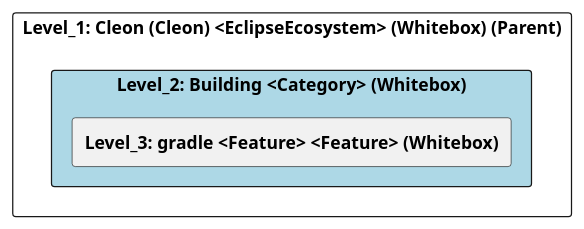
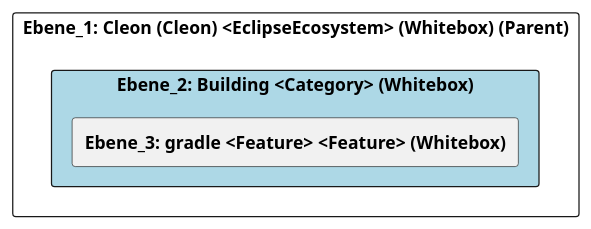
One commit to marcozwyssig/cleon changed the diagram in doc/cleonproject_deliverables_architecture_model_architecture/adoc/de/05_bausteinsicht/cleon/building/ebene_2_building.adoc. Above: the diagram before and after it, drawn with PlantUML. The commit also changed other lines of this file and 258 other files, not shown here.

```diff
--- a/doc/cleonproject_deliverables_architecture_model_architecture/adoc/de/05_bausteinsicht/cleon/building/ebene_2_building.adoc
+++ b/doc/cleonproject_deliverables_architecture_model_architecture/adoc/de/05_bausteinsicht/cleon/building/ebene_2_building.adoc
@@ -24,24 +24,24 @@
-[plantuml, Level_2: Building <Category> (Whitebox)BlockOverview, format="svg"]
+[plantuml, Ebene_2: Building <Category> (Whitebox)BlockOverview, format="svg"]
 ----
-@startuml Level_2: Building <Category> (Whitebox)BuildingBlockOverview
+@startuml Ebene_2: Building <Category> (Whitebox)BuildingBlockOverview
 
 skinparam ranksep 10
 skinparam componentStyle rectangle
 skinparam shadowing false
 skinparam arrowColor lightblue
 skinparam arrowThickness 1.2
 skinparam rectangle {
   BackgroundColor White
   BorderColor #333
   RoundCorner 10
 }
 top to bottom direction
 
-component "Level_1: Cleon (Cleon) <EclipseEcosystem> (Whitebox) (Parent)" {
-    component "Level_2: Building <Category> (Whitebox)" #lightblue {
-        [**Level_3: gradle <Feature> <Feature> (Whitebox)**] as 4905A64E_D579_11EE_903E_9F564E4DE07E
+component "Ebene_1: Cleon (Cleon) <EclipseEcosystem> (Whitebox) (Parent)" {
+    component "Ebene_2: Building <Category> (Whitebox)" #lightblue {
+        [**Ebene_3: gradle <Feature> <Feature> (Whitebox)**] as 4905A64E_D579_11EE_903E_9F564E4DE07E
     }
 }
 
 @enduml
 ----
```
